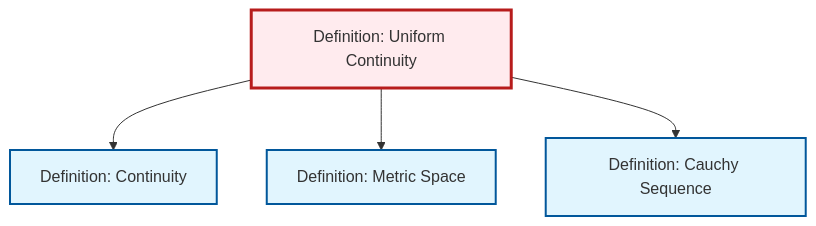
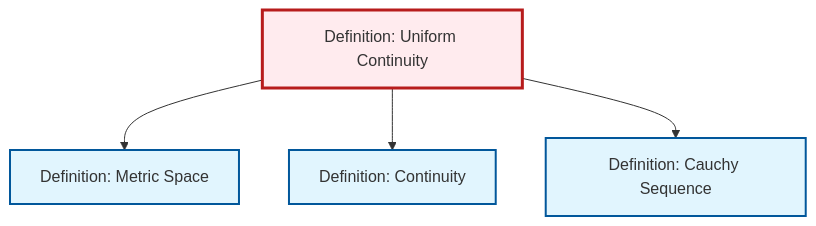
The diagram in content/en/analysis/def-uniform-continuity.qmd (RK0429/ModernMath), drawn with Mermaid before and after one commit. The commit also changed other lines of this file and 672 other files, not shown here.

````diff
--- a/content/en/analysis/def-uniform-continuity.qmd
+++ b/content/en/analysis/def-uniform-continuity.qmd
@@ -69,20 +69,20 @@
 ```{mermaid}
 %%| fig-cap: "Local dependency graph"
 graph TD
     classDef definition fill:#e1f5fe,stroke:#01579b,stroke-width:2px
     classDef theorem fill:#f3e5f5,stroke:#4a148c,stroke-width:2px
     classDef axiom fill:#fff3e0,stroke:#e65100,stroke-width:2px
     classDef example fill:#e8f5e9,stroke:#1b5e20,stroke-width:2px
     classDef current fill:#ffebee,stroke:#b71c1c,stroke-width:3px
+    def-cauchy-sequence["Definition: Cauchy Sequence"]:::definition
     def-continuity["Definition: Continuity"]:::definition
     def-uniform-continuity["Definition: Uniform Continuity"]:::definition
     def-metric-space["Definition: Metric Space"]:::definition
-    def-cauchy-sequence["Definition: Cauchy Sequence"]:::definition
+    def-uniform-continuity --> def-metric-space
     def-uniform-continuity --> def-continuity
-    def-uniform-continuity --> def-metric-space
     def-uniform-continuity --> def-cauchy-sequence
     class def-uniform-continuity current
+    click def-cauchy-sequence "def-cauchy-sequence.html" "Go to Cauchy Sequence definition"
     click def-continuity "def-continuity.html" "Go to Continuity definition"
     click def-metric-space "def-metric-space.html" "Go to Metric Space definition"
-    click def-cauchy-sequence "def-cauchy-sequence.html" "Go to Cauchy Sequence definition"
 ```
````
